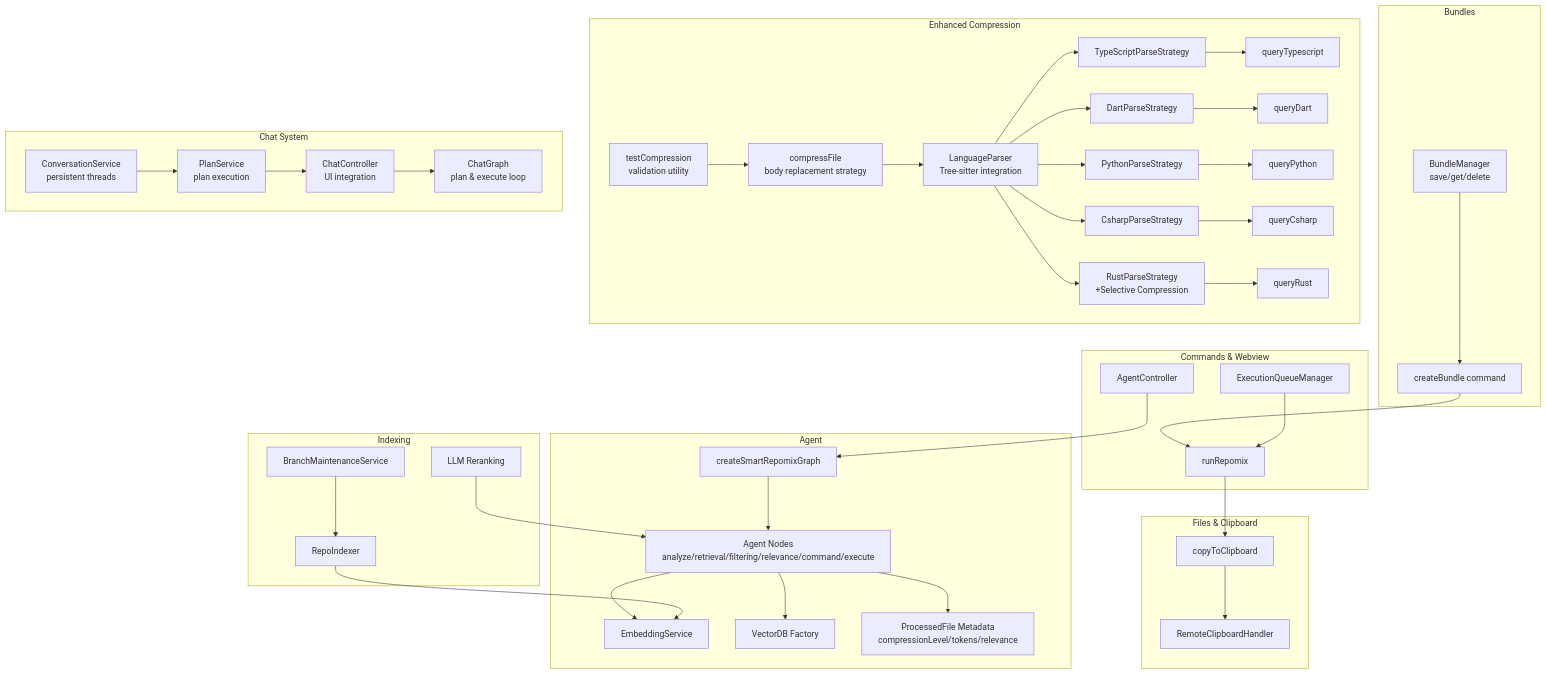
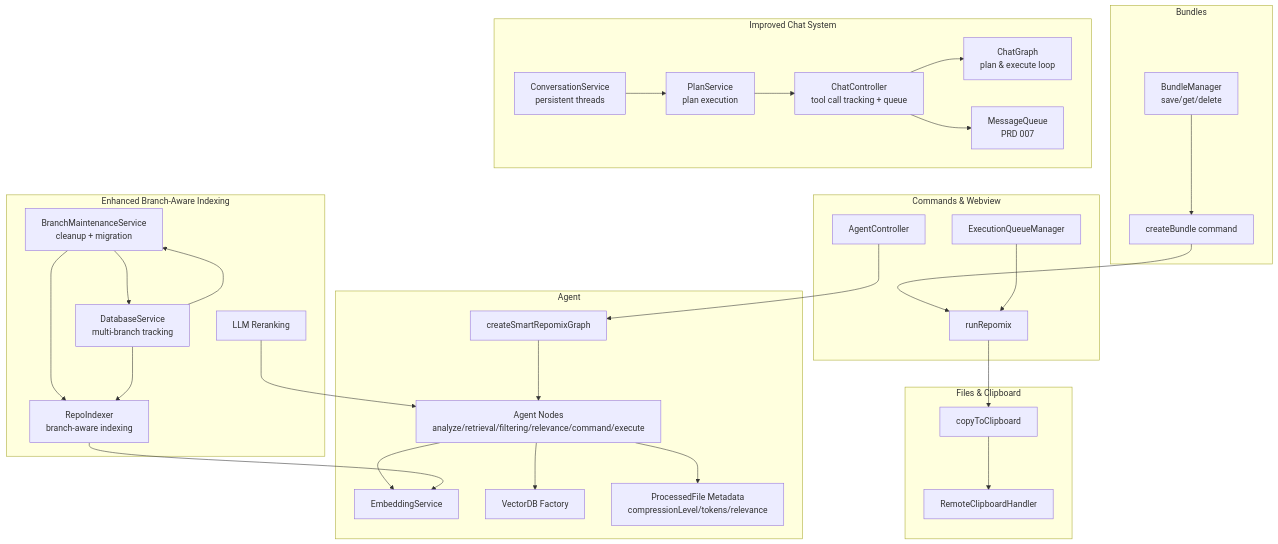
One commit to bramburn/repomix-runner changed the first of 9 diagrams in .qoder/repowiki/en/content/Core Features/Core Features.md. Above: the diagram before and after it, drawn with Mermaid. The commit also changed other lines of this file and 27 other files, not shown here.

````diff
--- a/.qoder/repowiki/en/content/Core Features/Core Features.md
+++ b/.qoder/repowiki/en/content/Core Features/Core Features.md
@@ -86,77 +86,56 @@
 ```mermaid
 graph TB
 subgraph "Bundles"
 BM["BundleManager<br/>save/get/delete"]
 CB["createBundle command"]
 end
 subgraph "Agent"
 GR["createSmartRepomixGraph"]
 ND["Agent Nodes<br/>analyze/retrieval/filtering/relevance/command/execute"]
 EMB["EmbeddingService"]
 VDF["VectorDB Factory"]
 PF["ProcessedFile Metadata<br/>compressionLevel/tokens/relevance"]
 end
-subgraph "Indexing"
-RI["RepoIndexer"]
+subgraph "Enhanced Branch-Aware Indexing"
+RI["RepoIndexer<br/>branch-aware indexing"]
 LLMR["LLM Reranking"]
-BMS["BranchMaintenanceService"]
+BMS["BranchMaintenanceService<br/>cleanup + migration"]
+DB["DatabaseService<br/>multi-branch tracking"]
 end
-subgraph "Enhanced Compression"
-CF["compressFile<br/>body replacement strategy"]
-LP["LanguageParser<br/>Tree-sitter integration"]
-TPS["TypeScriptParseStrategy"]
-DPS["DartParseStrategy"]
-PPS["PythonParseStrategy"]
-CSP["CsharpParseStrategy"]
-RPS["RustParseStrategy<br/>+Selective Compression"]
-QT["queryTypescript"]
-QD["queryDart"]
-QP["queryPython"]
-QC["queryCsharp"]
-QR["queryRust"]
-TC["testCompression<br/>validation utility"]
-end
-subgraph "Chat System"
+subgraph "Improved Chat System"
 CS["ConversationService<br/>persistent threads"]
 PC["PlanService<br/>plan execution"]
-CC["ChatController<br/>UI integration"]
+CC["ChatController<br/>tool call tracking + queue"]
 CG["ChatGraph<br/>plan & execute loop"]
+MQ["MessageQueue<br/>PRD 007"]
 end
 subgraph "Files & Clipboard"
 CT["copyToClipboard"]
 RCH["RemoteClipboardHandler"]
 end
 subgraph "Commands & Webview"
 RR["runRepomix"]
 EQM["ExecutionQueueManager"]
 AC["AgentController"]
 end
 BM --> CB
 CB --> RR
 RR --> CT
 AC --> GR
 GR --> ND
 ND --> PF
 ND --> EMB
 ND --> VDF
 RI --> EMB
 LLMR --> ND
 BMS --> RI
-CF --> LP
-LP --> TPS
-LP --> DPS
-LP --> PPS
-LP --> CSP
-LP --> RPS
-TPS --> QT
-DPS --> QD
-PPS --> QP
-CSP --> QC
-RPS --> QR
-TC --> CF
+BMS --> DB
+DB --> RI
+DB --> BMS
 CS --> PC
 PC --> CC
 CC --> CG
+CC --> MQ
 CT --> RCH
 EQM --> RR
 ```
````
